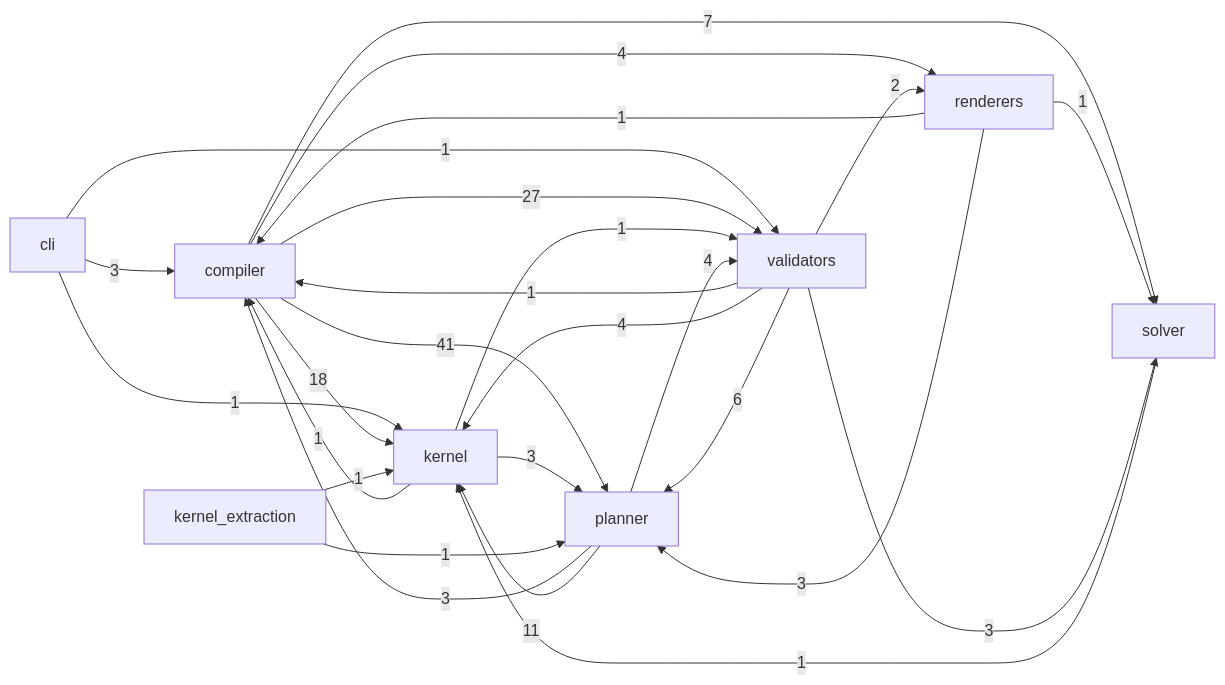
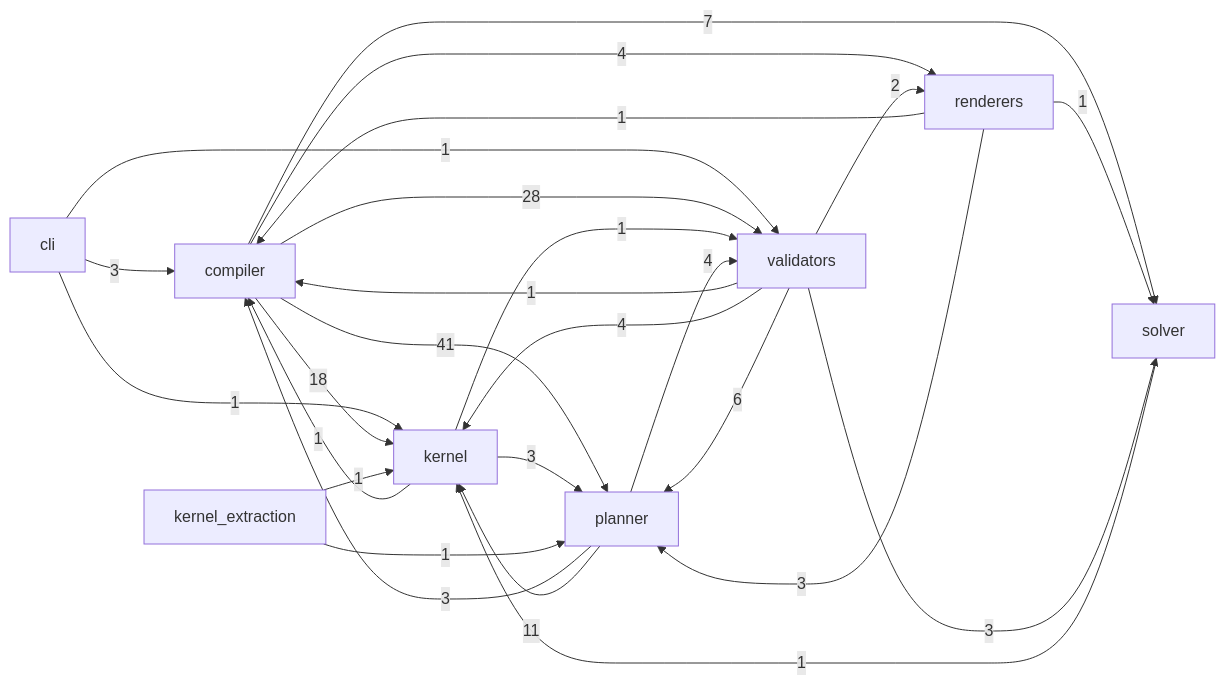
One commit to Kingsley-Cyber/cinematic-compiler-core changed the diagram in docs/reference/code.md. Above: the diagram before and after it, drawn with Mermaid. The commit also changed other lines of this file and 32 other files, not shown here.

````diff
--- a/docs/reference/code.md
+++ b/docs/reference/code.md
@@ -15,28 +15,28 @@
 ```mermaid
 flowchart LR
   cli -->|3| compiler
   cli -->|1| kernel
   cli -->|1| validators
   compiler -->|18| kernel
   compiler -->|41| planner
   compiler -->|4| renderers
   compiler -->|7| solver
-  compiler -->|27| validators
+  compiler -->|28| validators
   kernel -->|1| compiler
   kernel -->|3| planner
   kernel -->|1| validators
   kernel_extraction -->|1| kernel
   kernel_extraction -->|1| planner
   planner -->|3| compiler
   planner -->|11| kernel
   planner -->|4| validators
   renderers -->|1| compiler
   renderers -->|3| planner
   renderers -->|1| solver
   solver -->|1| kernel
   validators -->|1| compiler
   validators -->|4| kernel
   validators -->|6| planner
   validators -->|2| renderers
   validators -->|3| solver
 ```
````
